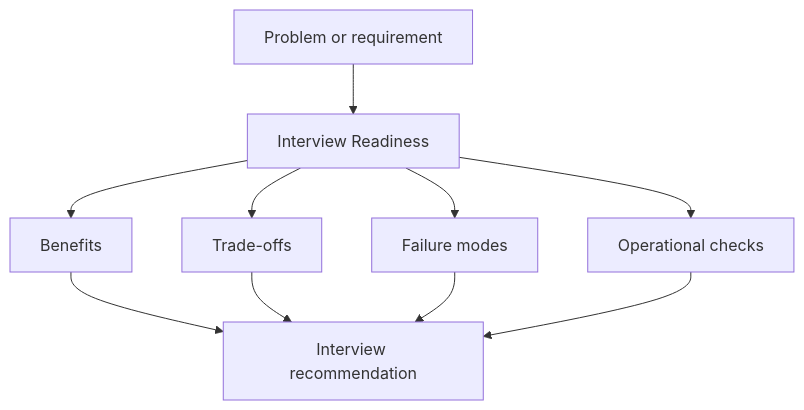
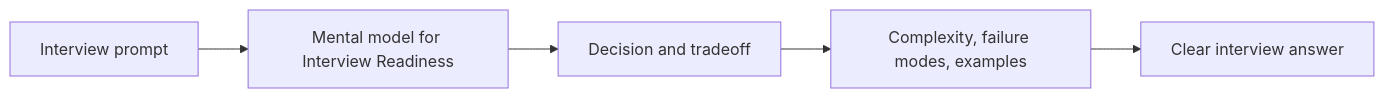
Before and after one commit to abstractinterviews/abstractinterviews.github.io: the second of 2 diagrams in interview/index.md, drawn with Mermaid. The commit also changed other lines of this file and 278 other files, not shown here.

````diff
--- a/interview/index.md
+++ b/interview/index.md
@@ -170,12 +162,7 @@
-~~~mermaid
-flowchart TD
-    Problem["Problem or requirement"] --> Concept["Interview Readiness"]
-    Concept --> Benefits["Benefits"]
-    Concept --> Tradeoffs["Trade-offs"]
-    Concept --> FailureModes["Failure modes"]
-    Concept --> Operations["Operational checks"]
-    Benefits --> Decision["Interview recommendation"]
-    Tradeoffs --> Decision
-    FailureModes --> Decision
-    Operations --> Decision
-~~~
+```mermaid
+flowchart LR
+    Problem["Interview prompt"] --> Model["Mental model for Interview Readiness"]
+    Model --> Choice["Decision and tradeoff"]
+    Choice --> Evidence["Complexity, failure modes, examples"]
+    Evidence --> Answer["Clear interview answer"]
+```
````
